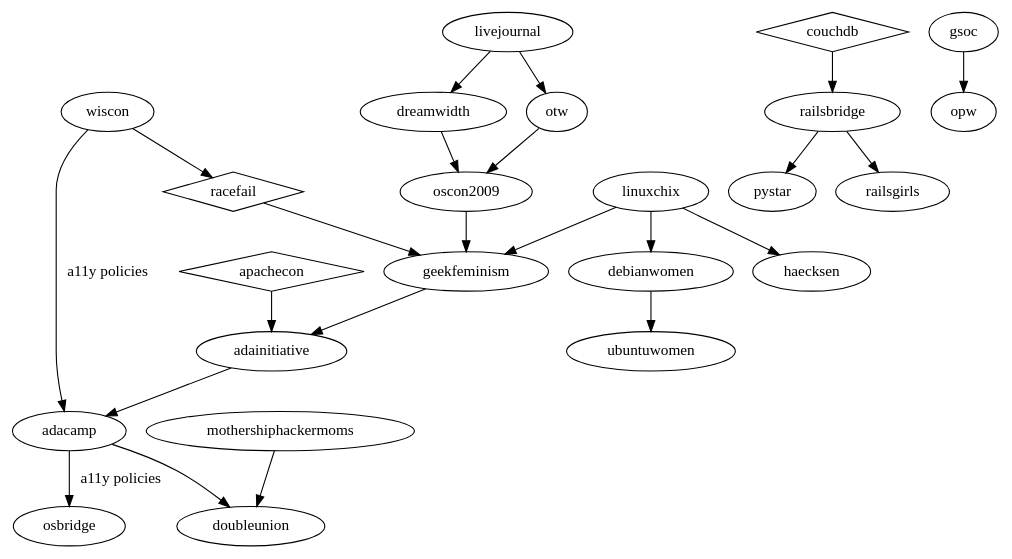
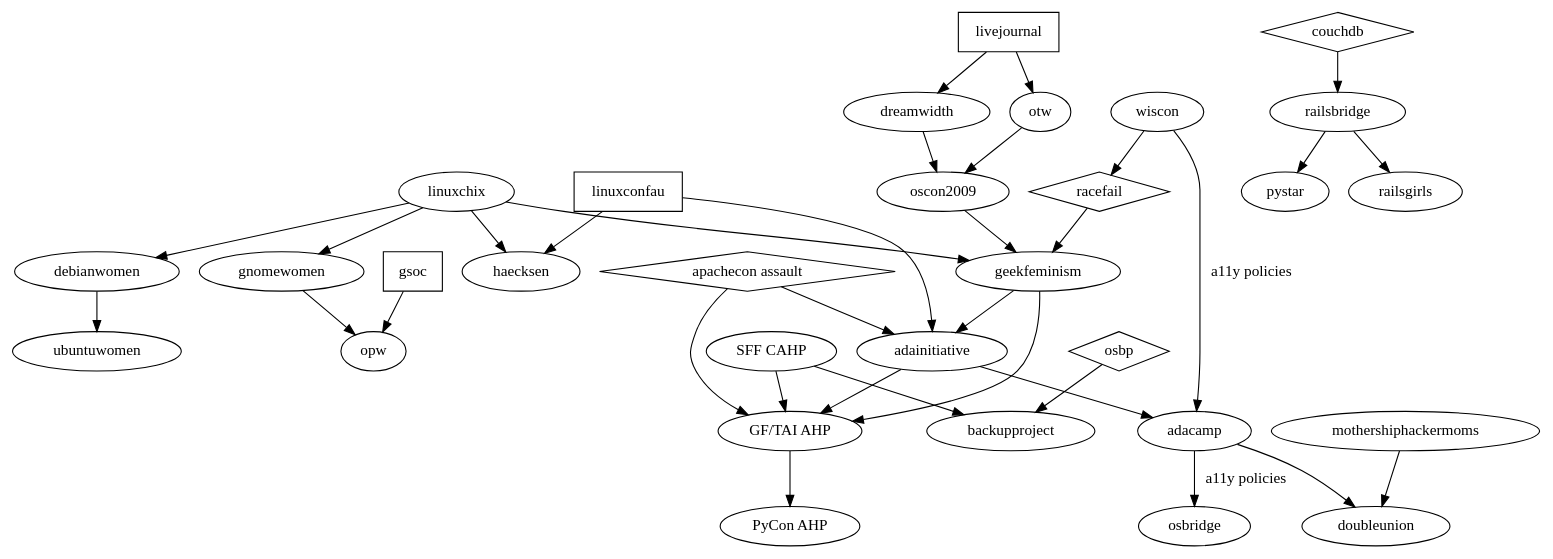
Before and after one commit to brainwane/gf-family-tree: the diagram in gfft.dot, drawn with Graphviz.

Commit message:
Added lots of nodes (AHPs, LCA, etc) and non-GF org type

```diff
--- a/gfft.dot
+++ b/gfft.dot
@@ -1,65 +1,101 @@
 digraph G {
 
   /*
      The following shapes are used for different types of things:
      oval = geek feminist/women-in-tech/etc organisation
+     rectangle = orgs that aren't particularly feminist, but are influential
      diamond = event/incident (cf. GF wiki "Timeline of Incidents")
   */
 
   /* Skud set up the GF wiki in 2008, mostly inspired by earlier "women
    * in open source" communities such as linuxchix */
   linuxchix -> geekfeminism;
 
   /* in 2009, Racefail introduced Skud and other GF wiki contributors to
    * a lot of new ideas */
   racefail -> geekfeminism;
   racefail [shape=diamond];
 
   /* in 2010, the Noirin Plunkett's assault at ApacheCon triggered
    * discussions about anti-harassment that would lead to the formation
    * of the Ada Initiative */
-  apachecon -> adainitiative;
-  apachecon [shape=diamond];
+  "apachecon assault" -> adainitiative;
+  "apachecon assault" [shape=diamond];
 
+  /* GF (esp. volunteer burnout) was an influence on TAI */
   geekfeminism -> adainitiative;
+
+  /* The first TAI discussions were held at LCA */
+  linuxconfau -> adainitiative;
+  linuxconfau [shape=rectangle];
+
+  /* TAI wrote the first conf anti-harassment poilcy in response to the
+   * apachecon assault */
+  "apachecon assault" -> "GF/TAI AHP"
+  "geekfeminism" -> "GF/TAI AHP"
+  "adainitiative" -> "GF/TAI AHP"
+
+  /* The Con Anti-Harassment Policy (out of SFF fandom) also inspired it */
+  "SFF CAHP" -> "GF/TAI AHP"
+
+  /* Vaguely related: Open Source Boob Project and Backup Project */
+  osbp -> backupproject
+  osbp [shape=diamond]
+  "SFF CAHP" -> backupproject
+
+  /* The GF/TAI AHP inspired the PyCon variant */
+  "GF/TAI AHP" -> "PyCon AHP"
+
   adainitiative -> adacamp;
 
   /* Adacamp was inspired in some ways by Wiscon, eg. accessibility */
   wiscon -> adacamp [label="a11y policies"];
   /* and then open source bridge picked up some of that from adacamp */
   adacamp -> osbridge [label="a11y policies"];
 
   /* DoubleUnion came out of AdaCamp SF in 2012 */
   adacamp -> doubleunion;
   /* pretty sure mothership hackermoms was also an inspiration? */
   mothershiphackermoms -> doubleunion;
 
   /* Various early women-in-open-source mailing lists etc */
   linuxchix -> debianwomen;
   debianwomen -> ubuntuwomen;
+  linuxchix -> gnomewomen; /* maybe via other orgs too? */
+
+  /* Gnome Outreach Program for Women, now FOSS OPW */
+  gnomewomen -> opw;
+  /* "The Outreach Program for Women (OPW) was inspired by Google's
+   * Summer of Code and by how few women applied for it."
+   * via gnome.org/opw (why can't I include double slashes in a comment?)
+   */
+  gsoc -> opw;
+  gsoc [shape=rectangle]
 
   /* LinuxChix inspired the Haecksen miniconf at LCA */
   linuxchix -> haecksen;
+  linuxconfau -> haecksen;
 
   /* RailsBridge happened in response to the CouchDB incident at
    * GoGaRuCo */
   couchdb -> railsbridge;
   couchdb [shape=diamond];
   railsbridge -> pystar;
   railsbridge -> railsgirls;
 
-  gsoc -> opw;
+
   wiscon -> racefail;
 
   /* Livejournal (esp. their fail) inspired DW and OTW */
   livejournal -> dreamwidth;
   livejournal -> otw;
+  livejournal [shape=rectangle]
 
   /* Dreamwidth and OTW inspired Skud's 2009 OSCON keynote */
   dreamwidth -> oscon2009;
   otw -> oscon2009;
 
   /* GF blog came out of the oscon2009 keynote, as a place to have
    * ongoing conversations */
   oscon2009 -> geekfeminism;
 }
```
